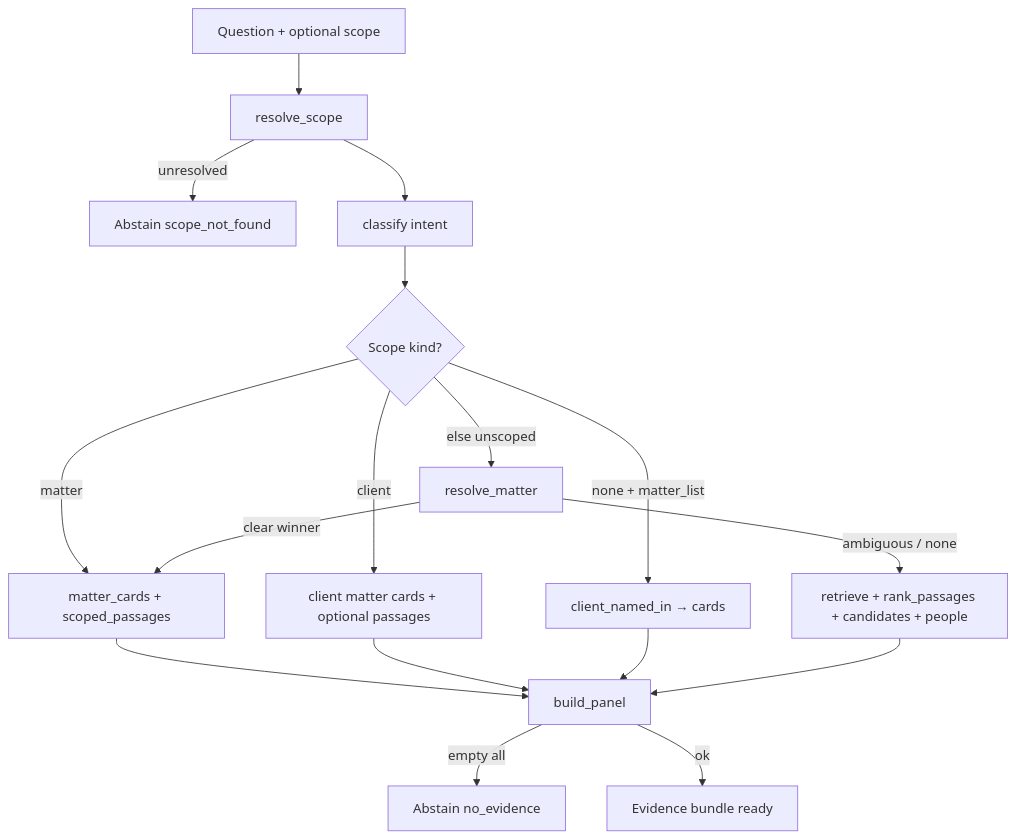
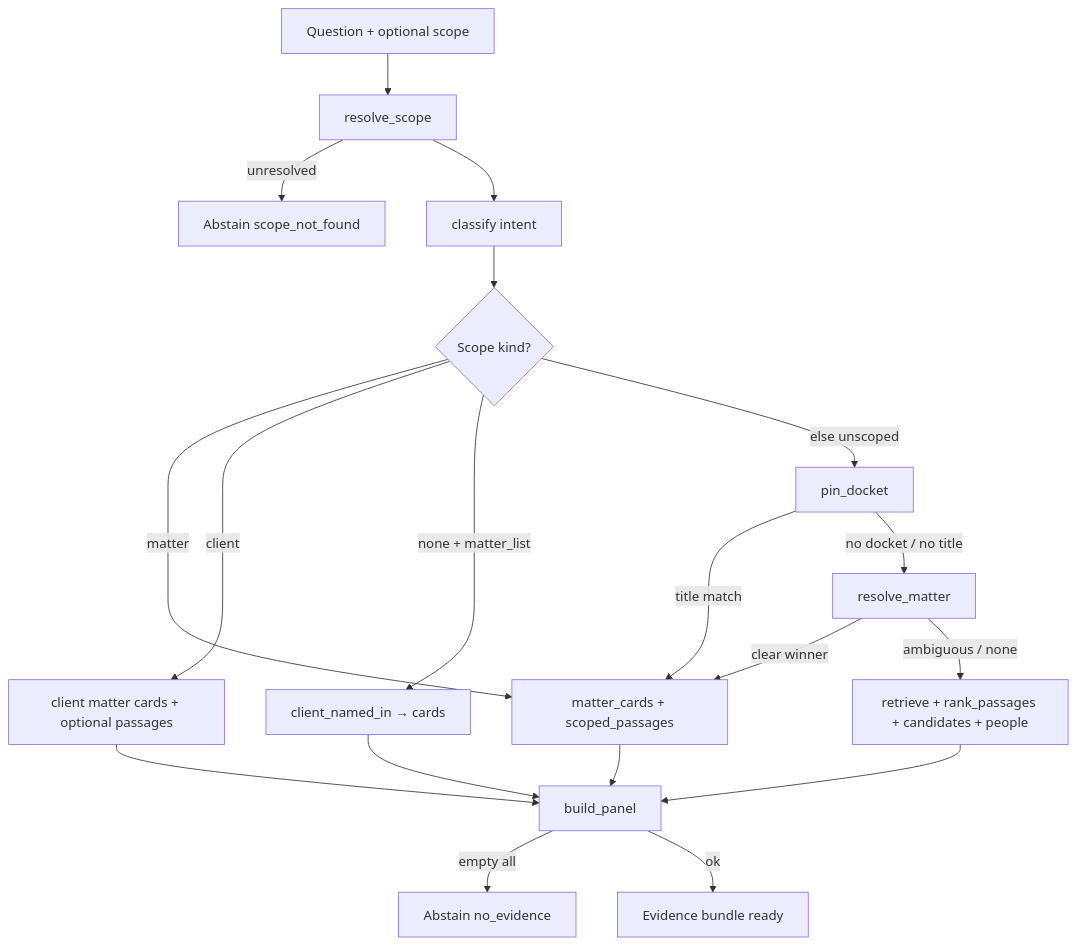
The diagram in legal-memory-retrieval/docs/ASK_THE_FIRM_ARCHITECTURE.md (shoaibmobassir/dms_base-01), drawn with Mermaid before and after one commit. The commit also changed other lines of this file and 18 other files, not shown here.

````diff
--- a/legal-memory-retrieval/docs/ASK_THE_FIRM_ARCHITECTURE.md
+++ b/legal-memory-retrieval/docs/ASK_THE_FIRM_ARCHITECTURE.md
@@ -113,19 +131,21 @@
 ```mermaid
 flowchart TD
   Q[Question + optional scope] --> S[resolve_scope]
   S -->|unresolved| A1[Abstain scope_not_found]
   S --> I[classify intent]
   I --> B{Scope kind?}
   B -->|matter| M[matter_cards + scoped_passages]
   B -->|client| C[client matter cards + optional passages]
   B -->|none + matter_list| L[client_named_in → cards]
-  B -->|else unscoped| R[resolve_matter]
+  B -->|else unscoped| D[pin_docket]
+  D -->|title match| M
+  D -->|no docket / no title| R[resolve_matter]
   R -->|clear winner| M
   R -->|ambiguous / none| U[retrieve + rank_passages + candidates + people]
   M --> P[build_panel]
   C --> P
   L --> P
   U --> P
   P -->|empty all| A2[Abstain no_evidence]
   P -->|ok| E[Evidence bundle ready]
 ```
````
